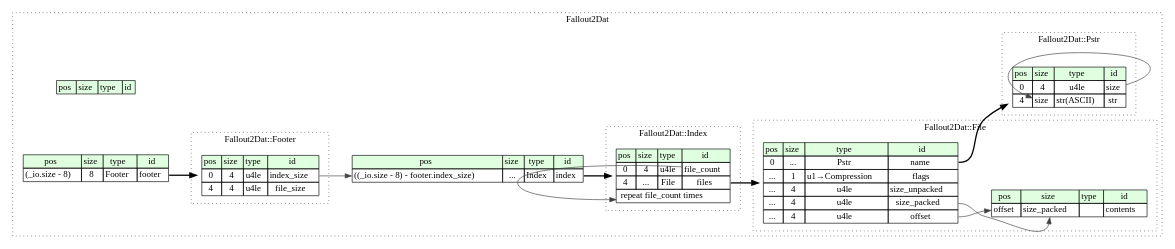
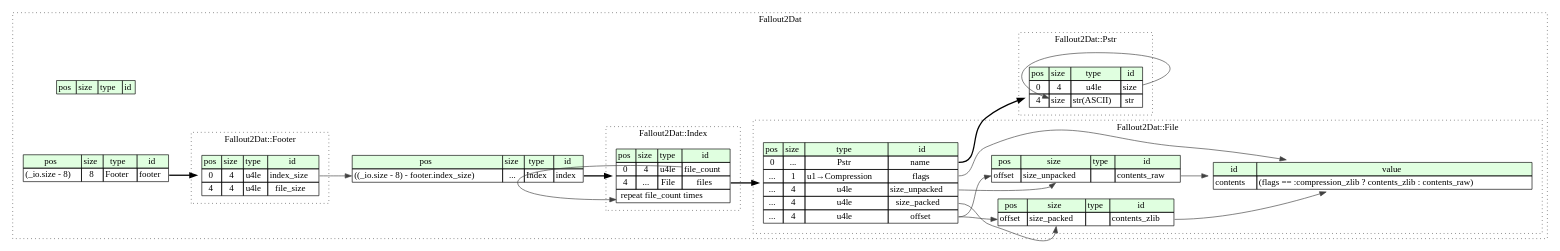
The diagram in fallout2_dat/src/graphviz/fallout2_dat.dot (kaitai-io/formats-kaitai-io.github.io), drawn with Graphviz before and after one commit. The commit also changed 3155 other files, not shown here.

```diff
--- a/fallout2_dat/src/graphviz/fallout2_dat.dot
+++ b/fallout2_dat/src/graphviz/fallout2_dat.dot
@@ -1,77 +1,90 @@
 digraph {
 	rankdir=LR;
 	node [shape=plaintext];
 	subgraph cluster__fallout2_dat {
 		label="Fallout2Dat";
 		graph[style=dotted];
 
 		fallout2_dat__seq [label=<<TABLE BORDER="0" CELLBORDER="1" CELLSPACING="0">
 			<TR><TD BGCOLOR="#E0FFE0">pos</TD><TD BGCOLOR="#E0FFE0">size</TD><TD BGCOLOR="#E0FFE0">type</TD><TD BGCOLOR="#E0FFE0">id</TD></TR>
 		</TABLE>>];
 		fallout2_dat__inst__footer [label=<<TABLE BORDER="0" CELLBORDER="1" CELLSPACING="0">
 			<TR><TD BGCOLOR="#E0FFE0">pos</TD><TD BGCOLOR="#E0FFE0">size</TD><TD BGCOLOR="#E0FFE0">type</TD><TD BGCOLOR="#E0FFE0">id</TD></TR>
 			<TR><TD PORT="footer_pos">(_io.size - 8)</TD><TD PORT="footer_size">8</TD><TD>Footer</TD><TD PORT="footer_type">footer</TD></TR>
 		</TABLE>>];
 		fallout2_dat__inst__index [label=<<TABLE BORDER="0" CELLBORDER="1" CELLSPACING="0">
 			<TR><TD BGCOLOR="#E0FFE0">pos</TD><TD BGCOLOR="#E0FFE0">size</TD><TD BGCOLOR="#E0FFE0">type</TD><TD BGCOLOR="#E0FFE0">id</TD></TR>
 			<TR><TD PORT="index_pos">((_io.size - 8) - footer.index_size)</TD><TD PORT="index_size">...</TD><TD>Index</TD><TD PORT="index_type">index</TD></TR>
 		</TABLE>>];
 		subgraph cluster__pstr {
 			label="Fallout2Dat::Pstr";
 			graph[style=dotted];
 
 			pstr__seq [label=<<TABLE BORDER="0" CELLBORDER="1" CELLSPACING="0">
 				<TR><TD BGCOLOR="#E0FFE0">pos</TD><TD BGCOLOR="#E0FFE0">size</TD><TD BGCOLOR="#E0FFE0">type</TD><TD BGCOLOR="#E0FFE0">id</TD></TR>
 				<TR><TD PORT="size_pos">0</TD><TD PORT="size_size">4</TD><TD>u4le</TD><TD PORT="size_type">size</TD></TR>
 				<TR><TD PORT="str_pos">4</TD><TD PORT="str_size">size</TD><TD>str(ASCII)</TD><TD PORT="str_type">str</TD></TR>
 			</TABLE>>];
 		}
 		subgraph cluster__footer {
 			label="Fallout2Dat::Footer";
 			graph[style=dotted];
 
 			footer__seq [label=<<TABLE BORDER="0" CELLBORDER="1" CELLSPACING="0">
 				<TR><TD BGCOLOR="#E0FFE0">pos</TD><TD BGCOLOR="#E0FFE0">size</TD><TD BGCOLOR="#E0FFE0">type</TD><TD BGCOLOR="#E0FFE0">id</TD></TR>
 				<TR><TD PORT="index_size_pos">0</TD><TD PORT="index_size_size">4</TD><TD>u4le</TD><TD PORT="index_size_type">index_size</TD></TR>
 				<TR><TD PORT="file_size_pos">4</TD><TD PORT="file_size_size">4</TD><TD>u4le</TD><TD PORT="file_size_type">file_size</TD></TR>
 			</TABLE>>];
 		}
 		subgraph cluster__index {
 			label="Fallout2Dat::Index";
 			graph[style=dotted];
 
 			index__seq [label=<<TABLE BORDER="0" CELLBORDER="1" CELLSPACING="0">
 				<TR><TD BGCOLOR="#E0FFE0">pos</TD><TD BGCOLOR="#E0FFE0">size</TD><TD BGCOLOR="#E0FFE0">type</TD><TD BGCOLOR="#E0FFE0">id</TD></TR>
 				<TR><TD PORT="file_count_pos">0</TD><TD PORT="file_count_size">4</TD><TD>u4le</TD><TD PORT="file_count_type">file_count</TD></TR>
 				<TR><TD PORT="files_pos">4</TD><TD PORT="files_size">...</TD><TD>File</TD><TD PORT="files_type">files</TD></TR>
 				<TR><TD COLSPAN="4" PORT="files__repeat">repeat file_count times</TD></TR>
 			</TABLE>>];
 		}
 		subgraph cluster__file {
 			label="Fallout2Dat::File";
 			graph[style=dotted];
 
 			file__seq [label=<<TABLE BORDER="0" CELLBORDER="1" CELLSPACING="0">
 				<TR><TD BGCOLOR="#E0FFE0">pos</TD><TD BGCOLOR="#E0FFE0">size</TD><TD BGCOLOR="#E0FFE0">type</TD><TD BGCOLOR="#E0FFE0">id</TD></TR>
 				<TR><TD PORT="name_pos">0</TD><TD PORT="name_size">...</TD><TD>Pstr</TD><TD PORT="name_type">name</TD></TR>
 				<TR><TD PORT="flags_pos">...</TD><TD PORT="flags_size">1</TD><TD>u1→Compression</TD><TD PORT="flags_type">flags</TD></TR>
 				<TR><TD PORT="size_unpacked_pos">...</TD><TD PORT="size_unpacked_size">4</TD><TD>u4le</TD><TD PORT="size_unpacked_type">size_unpacked</TD></TR>
 				<TR><TD PORT="size_packed_pos">...</TD><TD PORT="size_packed_size">4</TD><TD>u4le</TD><TD PORT="size_packed_type">size_packed</TD></TR>
 				<TR><TD PORT="offset_pos">...</TD><TD PORT="offset_size">4</TD><TD>u4le</TD><TD PORT="offset_type">offset</TD></TR>
 			</TABLE>>];
+			file__inst__contents_raw [label=<<TABLE BORDER="0" CELLBORDER="1" CELLSPACING="0">
+				<TR><TD BGCOLOR="#E0FFE0">pos</TD><TD BGCOLOR="#E0FFE0">size</TD><TD BGCOLOR="#E0FFE0">type</TD><TD BGCOLOR="#E0FFE0">id</TD></TR>
+				<TR><TD PORT="contents_raw_pos">offset</TD><TD PORT="contents_raw_size">size_unpacked</TD><TD></TD><TD PORT="contents_raw_type">contents_raw</TD></TR>
+			</TABLE>>];
+			file__inst__contents_zlib [label=<<TABLE BORDER="0" CELLBORDER="1" CELLSPACING="0">
+				<TR><TD BGCOLOR="#E0FFE0">pos</TD><TD BGCOLOR="#E0FFE0">size</TD><TD BGCOLOR="#E0FFE0">type</TD><TD BGCOLOR="#E0FFE0">id</TD></TR>
+				<TR><TD PORT="contents_zlib_pos">offset</TD><TD PORT="contents_zlib_size">size_packed</TD><TD></TD><TD PORT="contents_zlib_type">contents_zlib</TD></TR>
+			</TABLE>>];
 			file__inst__contents [label=<<TABLE BORDER="0" CELLBORDER="1" CELLSPACING="0">
-				<TR><TD BGCOLOR="#E0FFE0">pos</TD><TD BGCOLOR="#E0FFE0">size</TD><TD BGCOLOR="#E0FFE0">type</TD><TD BGCOLOR="#E0FFE0">id</TD></TR>
-				<TR><TD PORT="contents_pos">offset</TD><TD PORT="contents_size">size_packed</TD><TD></TD><TD PORT="contents_type">contents</TD></TR>
+				<TR><TD BGCOLOR="#E0FFE0">id</TD><TD BGCOLOR="#E0FFE0">value</TD></TR>
+				<TR><TD>contents</TD><TD>(flags == :compression_zlib ? contents_zlib : contents_raw)</TD></TR>
 			</TABLE>>];
 		}
 	}
 	fallout2_dat__inst__footer:footer_type -> footer__seq [style=bold];
 	footer__seq:index_size_type -> fallout2_dat__inst__index:index_pos [color="#404040"];
 	fallout2_dat__inst__index:index_type -> index__seq [style=bold];
 	pstr__seq:size_type -> pstr__seq:str_size [color="#404040"];
 	index__seq:files_type -> file__seq [style=bold];
 	index__seq:file_count_type -> index__seq:files__repeat [color="#404040"];
 	file__seq:name_type -> pstr__seq [style=bold];
-	file__seq:offset_type -> file__inst__contents:contents_pos [color="#404040"];
-	file__seq:size_packed_type -> file__inst__contents:contents_size [color="#404040"];
+	file__seq:offset_type -> file__inst__contents_raw:contents_raw_pos [color="#404040"];
+	file__seq:size_unpacked_type -> file__inst__contents_raw:contents_raw_size [color="#404040"];
+	file__seq:offset_type -> file__inst__contents_zlib:contents_zlib_pos [color="#404040"];
+	file__seq:size_packed_type -> file__inst__contents_zlib:contents_zlib_size [color="#404040"];
+	file__seq:flags_type -> file__inst__contents [color="#404040"];
+	file__inst__contents_zlib:contents_zlib_type -> file__inst__contents [color="#404040"];
+	file__inst__contents_raw:contents_raw_type -> file__inst__contents [color="#404040"];
 }
```
